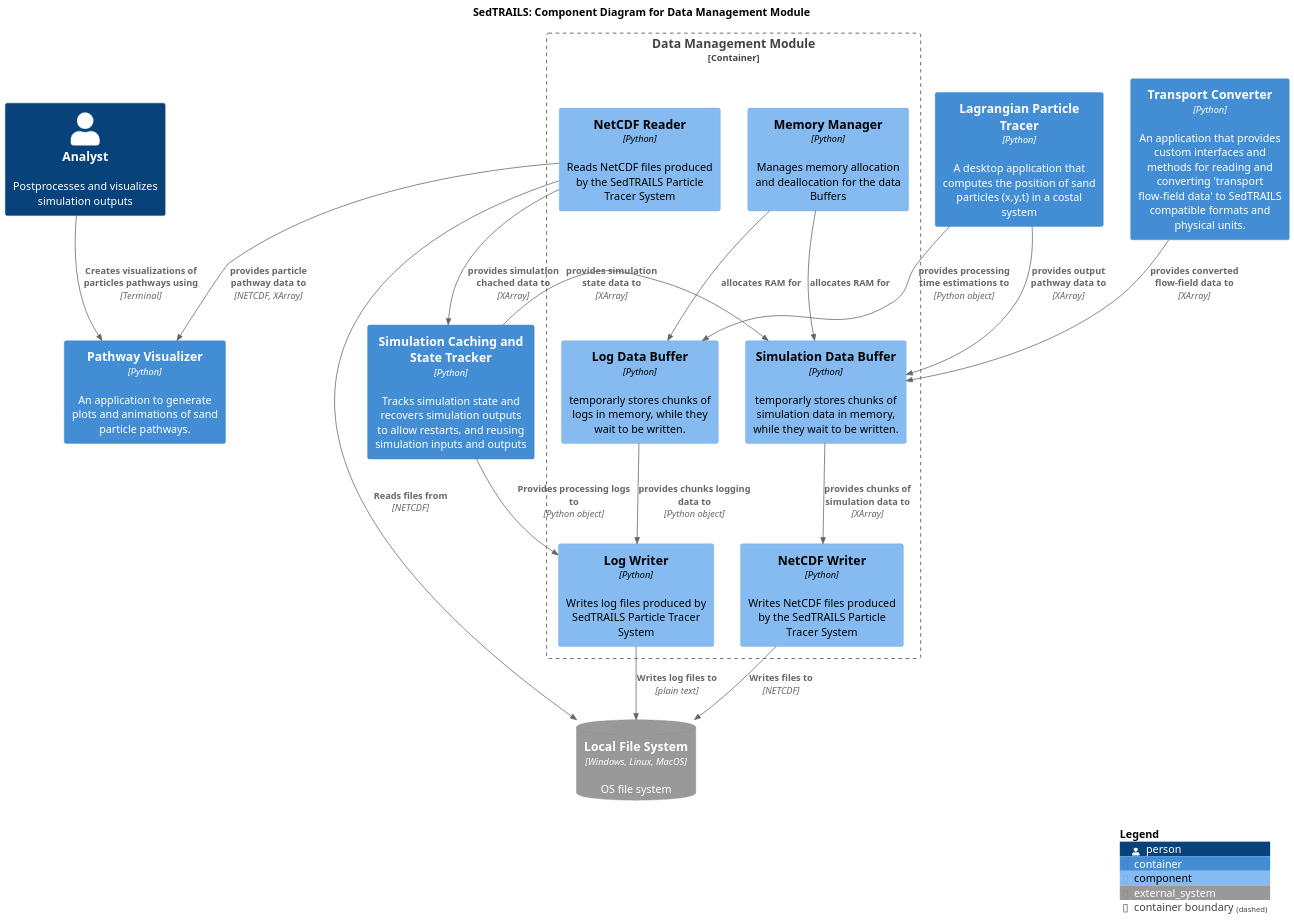
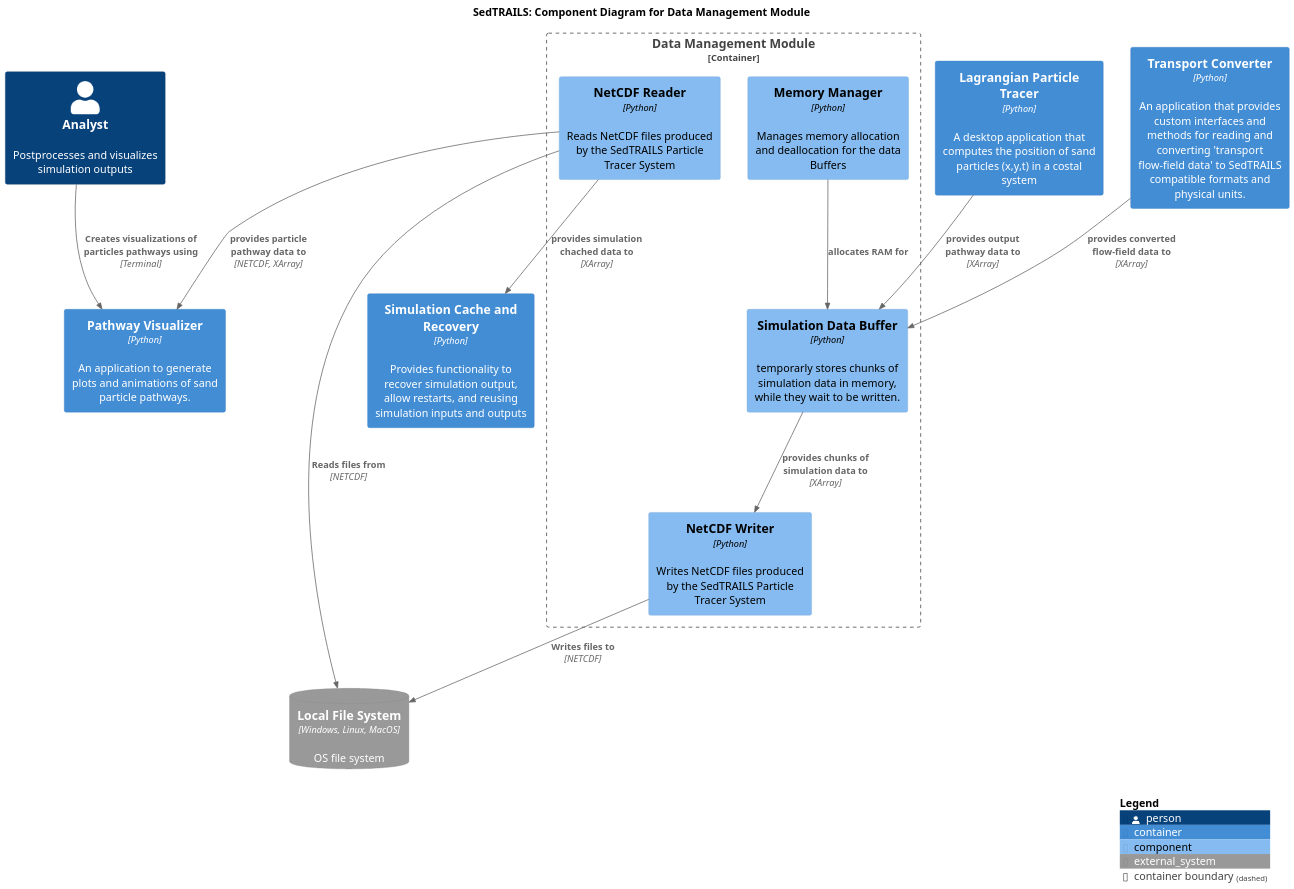
The diagram in diagrams/componets-data-app.puml (sgpearson17/sedtrails-sgp), drawn with PlantUML before and after one commit. The commit also changed 4 other files, not shown here.

```diff
--- a/diagrams/componets-data-app.puml
+++ b/diagrams/componets-data-app.puml
@@ -1,57 +1,43 @@
 @startuml SedtrailComponentsDataManagement
 !include ./c4/C4_Component.puml
 
 ' LAYOUT_LANDSCAPE()
 
 title SedTRAILS: Component Diagram for Data Management Module
 scale 1.5
 
 Person(analyst, "Analyst", "Postprocesses and visualizes simulation outputs")
 
 Container(pathwayVisualizer, "Pathway Visualizer", "Python", "An application to generate plots and animations of sand particle pathways.")
-Container(cache, "Simulation Caching and State Tracker", "Python", "Tracks simulation state and recovers simulation outputs to allow restarts, and reusing simulation inputs and outputs")
+
+Container(cache, "Simulation Cache and Recovery", "Python", "Provides functionality to recover simulation output, allow restarts, and reusing simulation inputs and outputs")
 
 Container(particleTracer, "Lagrangian Particle Tracer", "Python", "A desktop application that computes the position of sand particles (x,y,t) in a costal system")
 
 Container(transportConverter, "Transport Converter", "Python", "An application that provides custom interfaces and methods for reading and converting 'transport flow-field data' to SedTRAILS compatible formats and physical units.")
 
 SystemDb_Ext(fileSystem, "Local File System", "OS file system", $type="Windows, Linux, MacOS")
 
 Container_Boundary(dataManager, "Data Management Module", "Python", "An application that manage data and files produced by the SedTRAILS Pacticle Tracer System"){
-    ' Component(logReader, "Log Reader", "Python", "Read logs from a file produced by SedTRAILS Particle Tracer System")
-    Component(logWriter, "Log Writer", "Python", "Writes log files produced by SedTRAILS Particle Tracer System")
     Component(fileReader, "NetCDF Reader", "Python", "Reads NetCDF files produced by the SedTRAILS Particle Tracer System")
     Component(fileWriter, "NetCDF Writer", "Python", "Writes NetCDF files produced by the SedTRAILS Particle Tracer System")
     Component(simulBuffer, "Simulation Data Buffer", "Python", "temporarly stores chunks of simulation data in memory, while they wait to be written.")
-    Component(logBuffer, "Log Data Buffer", "Python", "temporarly stores chunks of logs in memory, while they wait to be written.")
-
     Component(memoryManager, "Memory Manager", "Python", "Manages memory allocation and deallocation for the data Buffers")
 
     Rel(simulBuffer, fileWriter, "provides chunks of simulation data to", "XArray")
-    Rel(logBuffer, logWriter, "provides chunks logging data to", "Python object")
-
     Rel(memoryManager, simulBuffer, "allocates RAM for")
-    Rel(memoryManager, logBuffer, "allocates RAM for")
-
 }
 
 Rel(fileReader, fileSystem, "Reads files from", "NETCDF")
 Rel(fileWriter, fileSystem, "Writes files to", "NETCDF")
 
-' Rel(logReader, fileSystem, "Reads log files from", "plain text")
-Rel(logWriter, fileSystem, "Writes log files to", "plain text")
-Rel(cache, logWriter, "Provides processing logs to", "Python object")
-
 Rel(transportConverter, simulBuffer, "provides converted flow-field data to", "XArray")
 Rel(particleTracer, simulBuffer, "provides output pathway data to", "XArray")
-Rel(particleTracer, logBuffer, "provides processing time estimations to", "Python object")
-
-Rel(cache, simulBuffer, "provides simulation state data to", "XArray")
 
 Rel(fileReader, cache, "provides simulation chached data to", "XArray")
 
 Rel(fileReader, pathwayVisualizer, "provides particle pathway data to", "NETCDF, XArray")
 Rel(analyst, pathwayVisualizer, "Creates visualizations of particles pathways using", "Terminal")
 
 SHOW_LEGEND()
 @enduml
```
